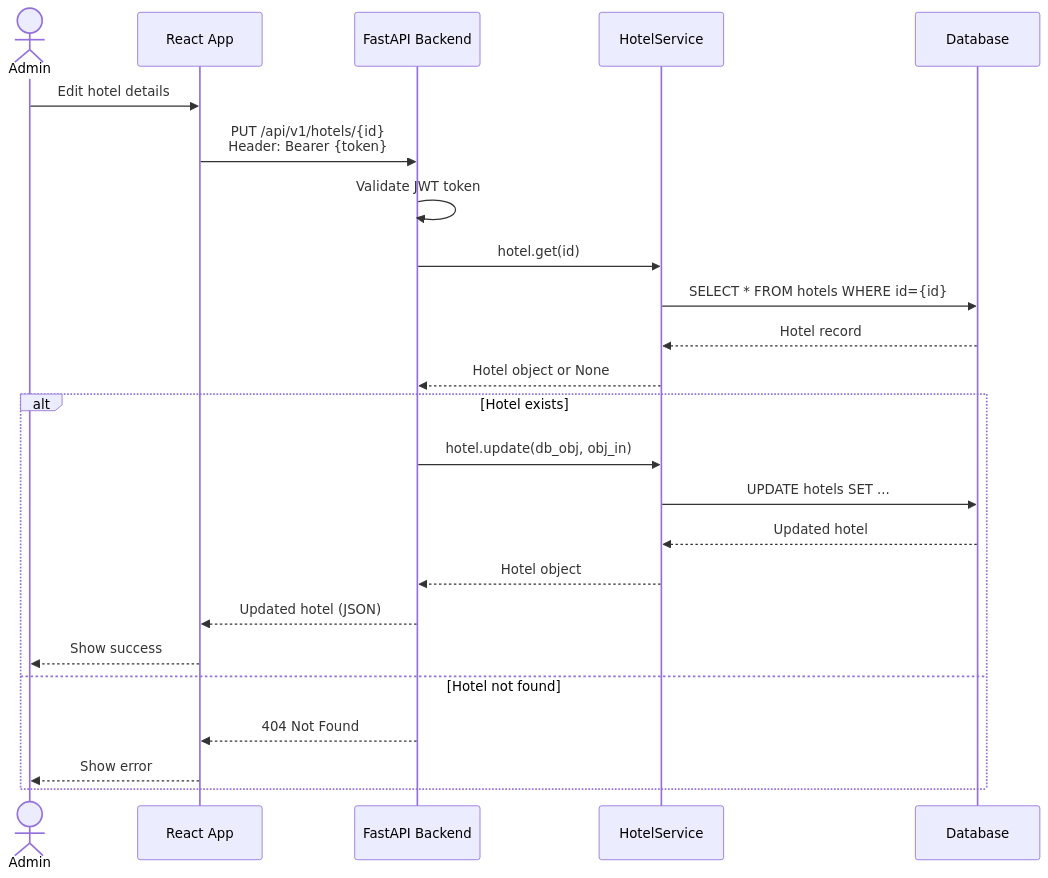
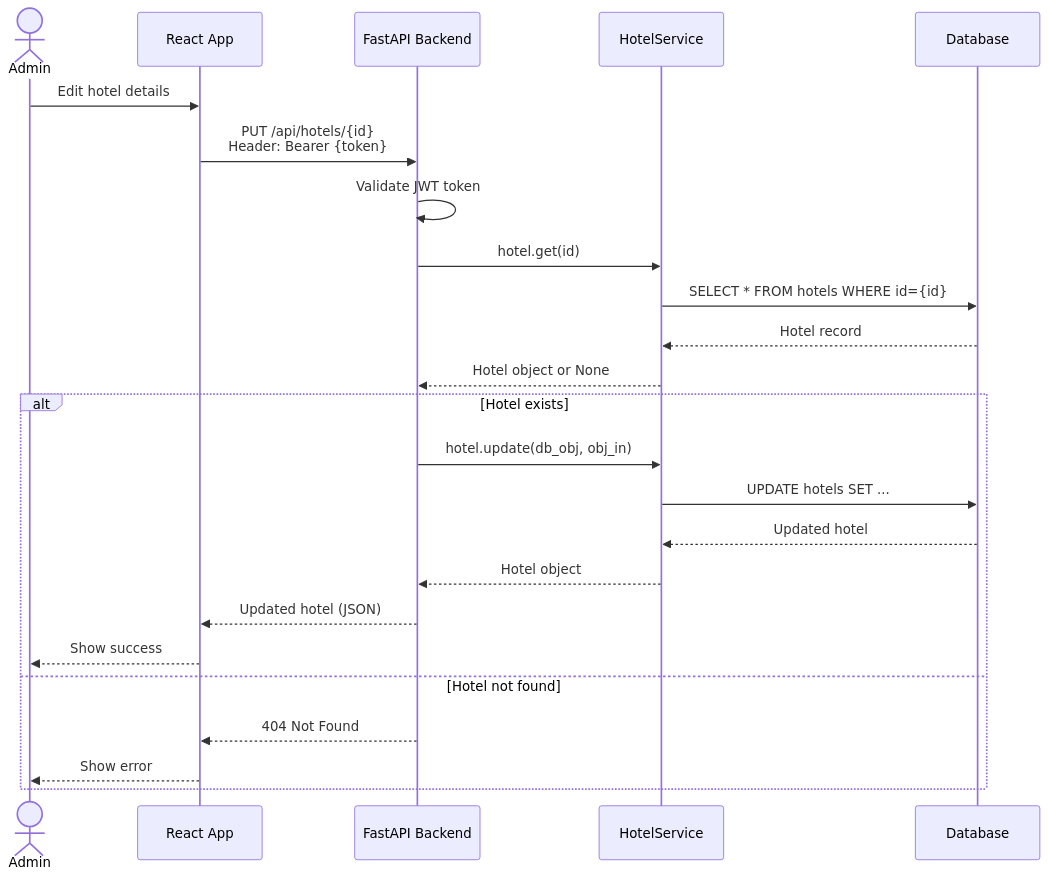
The eighth of 8 diagrams in docs/ARCHITECTURE.md (SaviNimz/Basic-Hotel-Platform), drawn with Mermaid before and after one commit. The commit also changed other lines of this file, not shown here.

````diff
--- a/docs/ARCHITECTURE.md
+++ b/docs/ARCHITECTURE.md
@@ -289,28 +289,28 @@
 ```mermaid
 sequenceDiagram
     actor Admin
     participant UI as React App
     participant API as FastAPI Backend
     participant Service as HotelService
     participant DB as Database
 
     Admin->>UI: Edit hotel details
-    UI->>API: PUT /api/v1/hotels/{id}<br/>Header: Bearer {token}
+    UI->>API: PUT /api/hotels/{id}<br/>Header: Bearer {token}
     API->>API: Validate JWT token
     API->>Service: hotel.get(id)
     Service->>DB: SELECT * FROM hotels WHERE id={id}
     DB-->>Service: Hotel record
     Service-->>API: Hotel object or None
     
     alt Hotel exists
         API->>Service: hotel.update(db_obj, obj_in)
         Service->>DB: UPDATE hotels SET ...
         DB-->>Service: Updated hotel
         Service-->>API: Hotel object
         API-->>UI: Updated hotel (JSON)
         UI-->>Admin: Show success
     else Hotel not found
         API-->>UI: 404 Not Found
         UI-->>Admin: Show error
     end
 ```
````
